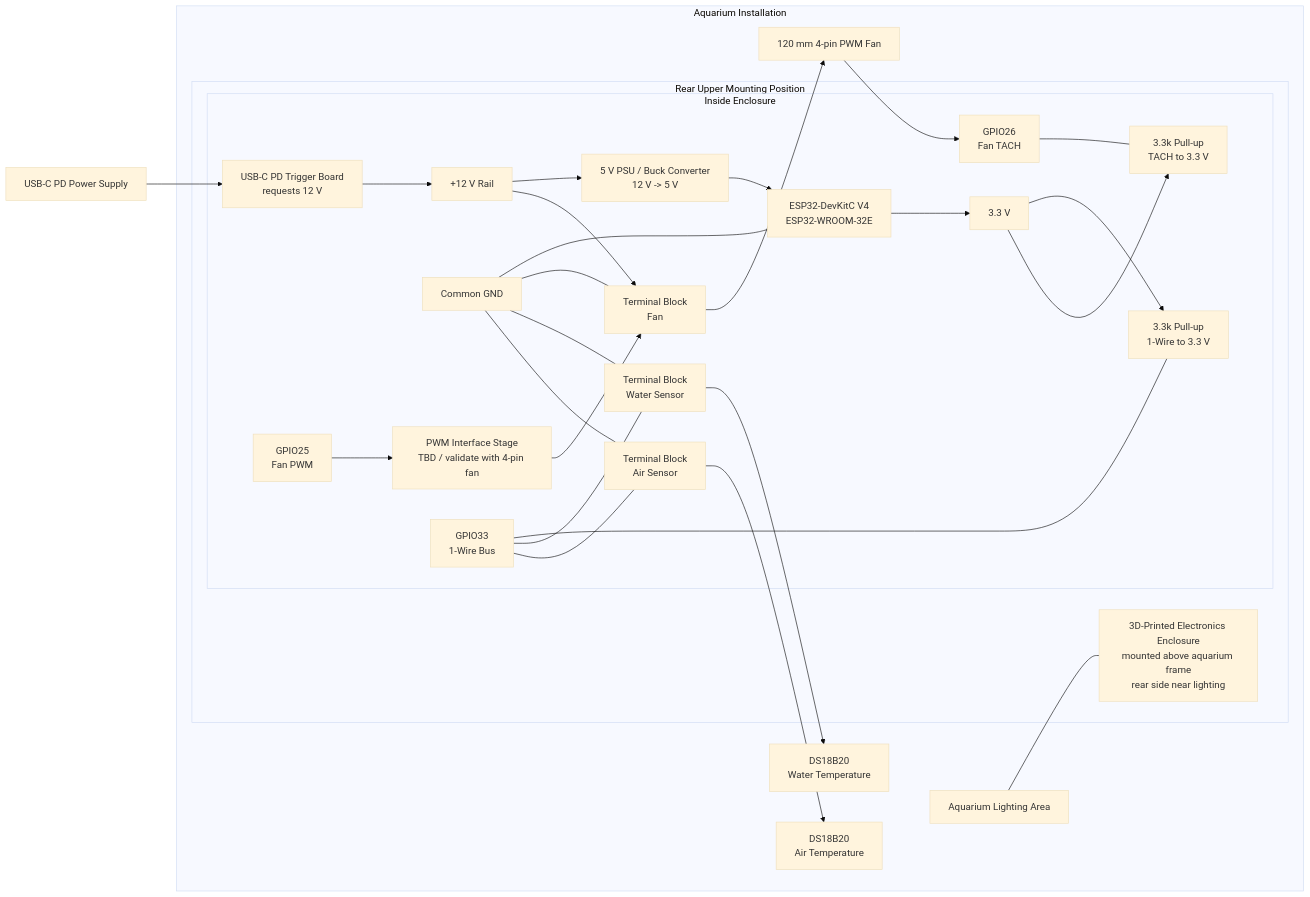
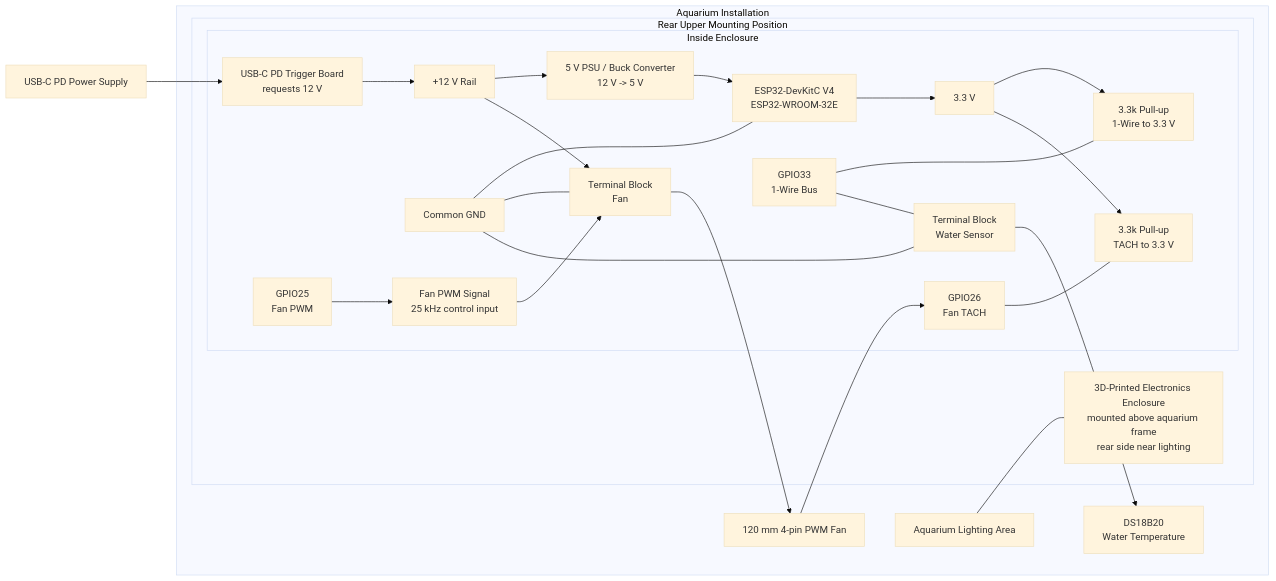
Before and after one commit to TeeVau/aquarium-cooling-controller: the diagram in docs/design/schematic-sketch.mmd, drawn with Mermaid (base theme). The commit also changed 18 other files, not shown here.

```diff
--- a/docs/design/schematic-sketch.mmd
+++ b/docs/design/schematic-sketch.mmd
@@ -1,64 +1,59 @@
 flowchart LR
   PSU["USB-C PD Power Supply"]
 
   subgraph "Aquarium Installation"
     subgraph "Rear Upper Mounting Position"
       ENC["3D-Printed Electronics Enclosure<br/>mounted above aquarium frame<br/>rear side near lighting"]
 
       subgraph "Inside Enclosure"
         PD["USB-C PD Trigger Board<br/>requests 12 V"]
         V12["+12 V Rail"]
         PSU5["5 V PSU / Buck Converter<br/>12 V -> 5 V"]
         GND["Common GND"]
         ESP["ESP32-DevKitC V4<br/>ESP32-WROOM-32E"]
         V33["3.3 V"]
         PULL1["3.3k Pull-up<br/>1-Wire to 3.3 V"]
         PULL2["3.3k Pull-up<br/>TACH to 3.3 V"]
-        PWMIF["PWM Interface Stage<br/>TBD / validate with 4-pin fan"]
+        PWMIF["Fan PWM Signal<br/>25 kHz control input"]
 
         TERMF["Terminal Block<br/>Fan"]
         TERMSW["Terminal Block<br/>Water Sensor"]
-        TERMSA["Terminal Block<br/>Air Sensor"]
 
         GPIO25["GPIO25<br/>Fan PWM"]
         GPIO26["GPIO26<br/>Fan TACH"]
         GPIO33["GPIO33<br/>1-Wire Bus"]
       end
     end
 
     FAN["120 mm 4-pin PWM Fan"]
     DSW["DS18B20<br/>Water Temperature"]
-    DSA["DS18B20<br/>Air Temperature"]
     LIGHT["Aquarium Lighting Area"]
   end
 
   PSU --> PD
   PD --> V12
   V12 --> PSU5
   V12 --> TERMF
   PSU5 --> ESP
 
   ESP --> V33
   V33 --> PULL1
   V33 --> PULL2
 
   GPIO33 --- PULL1
   GPIO33 --- TERMSW
-  GPIO33 --- TERMSA
 
   GPIO25 --> PWMIF
   PWMIF --> TERMF
 
   TERMF --> FAN
   TERMSW --> DSW
-  TERMSA --> DSA
 
   FAN --> GPIO26
   GPIO26 --- PULL2
 
   GND --- ESP
   GND --- TERMF
   GND --- TERMSW
-  GND --- TERMSA
 
   LIGHT --- ENC
```
